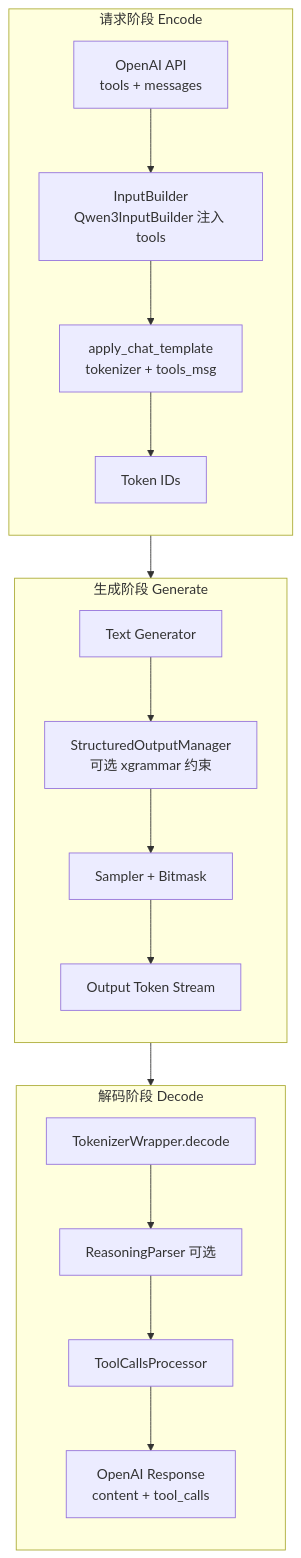
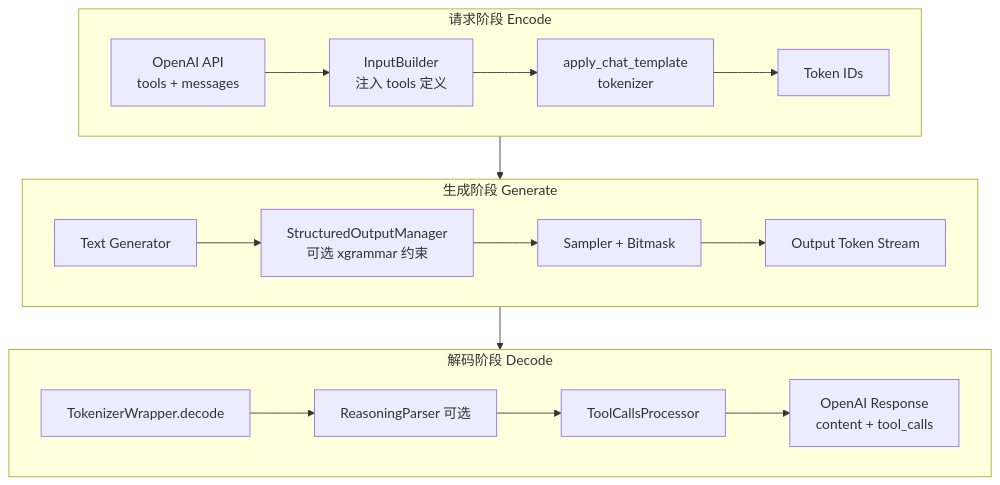
The first of 2 diagrams in docs/topics/function-call-structured-output.md (Lyr-GW/interview-docs), drawn with Mermaid before and after one commit. The commit also changed other lines of this file and 19 other files, not shown here.

````diff
--- a/docs/topics/function-call-structured-output.md
+++ b/docs/topics/function-call-structured-output.md
@@ -21,31 +20,28 @@
 ```mermaid
 flowchart TB
     subgraph Encode[请求阶段 Encode]
-        direction TB
         E1[OpenAI API<br/>tools + messages]
-        E2[InputBuilder<br/>Qwen3InputBuilder 注入 tools]
-        E3[apply_chat_template<br/>tokenizer + tools_msg]
+        E2[InputBuilder<br/>注入 tools 定义]
+        E3[apply_chat_template<br/>tokenizer]
         E4[Token IDs]
         E1 --> E2 --> E3 --> E4
     end
 
     subgraph Generate[生成阶段 Generate]
-        direction TB
         G1[Text Generator]
         G2[StructuredOutputManager<br/>可选 xgrammar 约束]
         G3[Sampler + Bitmask]
         G4[Output Token Stream]
         G1 --> G2 --> G3 --> G4
     end
 
     subgraph Decode[解码阶段 Decode]
-        direction TB
         D1[TokenizerWrapper.decode]
         D2[ReasoningParser 可选]
         D3[ToolCallsProcessor]
         D4[OpenAI Response<br/>content + tool_calls]
         D1 --> D2 --> D3 --> D4
     end
 
     Encode --> Generate --> Decode
 ```
````
